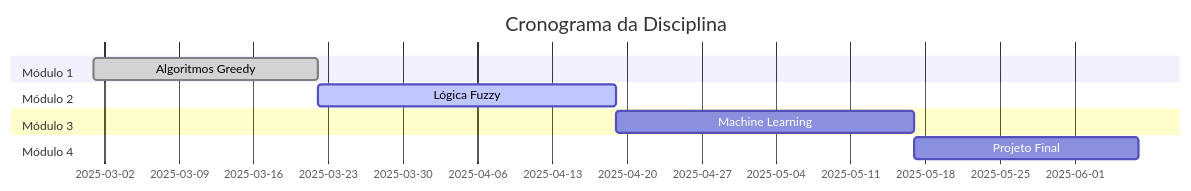
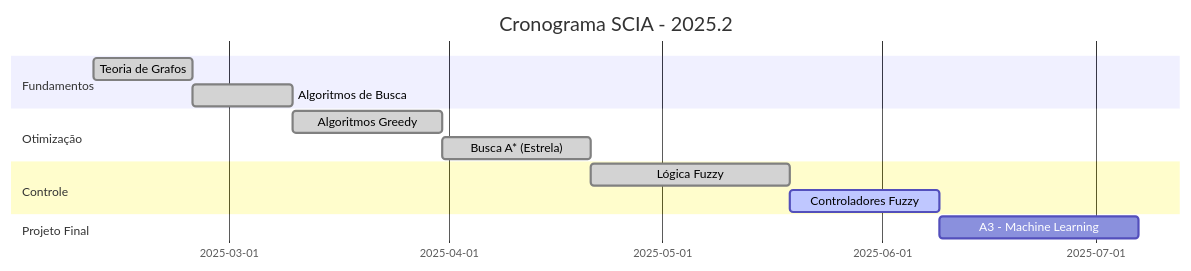
The second of 2 diagrams in README.md (sabvz-run/SCIA), drawn with Mermaid before and after one commit. The commit also changed other lines of this file, not shown here.

````diff
--- a/README.md
+++ b/README.md
@@ -273,13 +327,16 @@
 ```mermaid
 gantt
-    title Cronograma da Disciplina
+    title Cronograma SCIA - 2025.2
     dateFormat  YYYY-MM-DD
-    section Módulo 1
-    Algoritmos Greedy           :done, 2025-03-01, 3w
-    section Módulo 2
-    Lógica Fuzzy               :active, 2025-03-22, 4w
-    section Módulo 3
-    Machine Learning           :2025-04-19, 4w
-    section Módulo 4
-    Projeto Final              :2025-05-17, 3w
+    section Fundamentos
+    Teoria de Grafos           :done, 2025-02-10, 2w
+    Algoritmos de Busca        :done, 2025-02-24, 2w
+    section Otimização
+    Algoritmos Greedy          :done, 2025-03-10, 3w
+    Busca A* (Estrela)         :done, 2025-03-31, 3w
+    section Controle
+    Lógica Fuzzy               :done, 2025-04-21, 4w
+    Controladores Fuzzy        :active, 2025-05-19, 3w
+    section Projeto Final
+    A3 - Machine Learning      :2025-06-09, 4w
 ```
````
